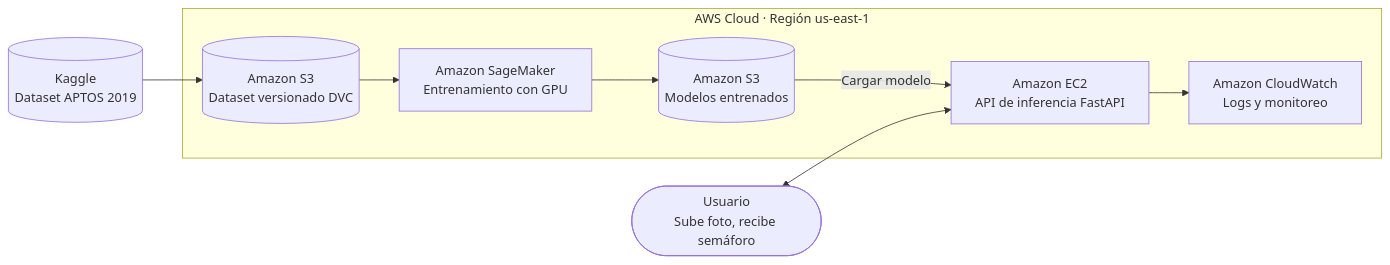
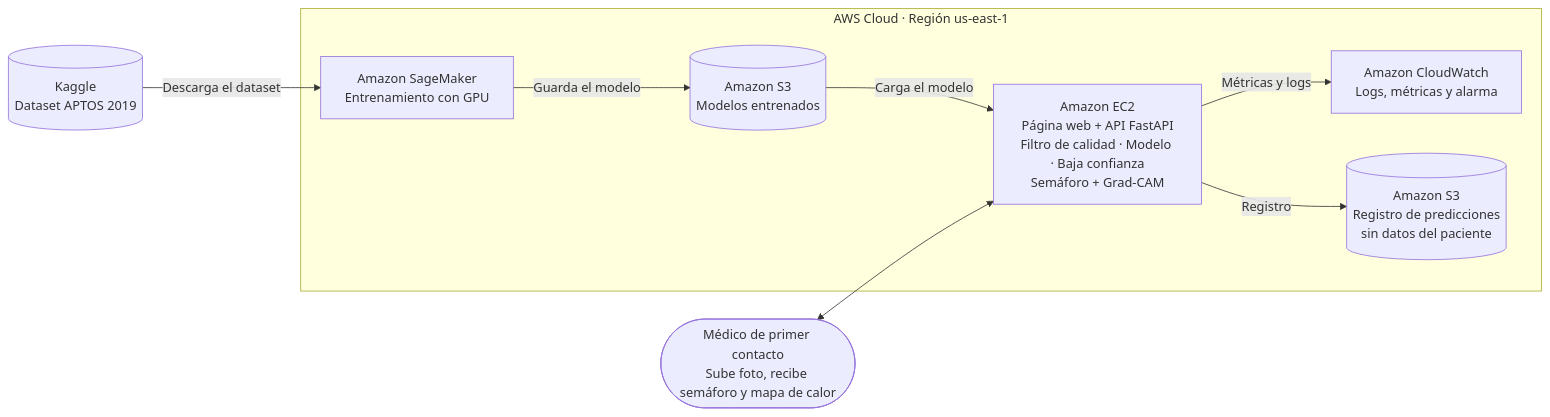
The diagram in docs/arquitectura.md (GualNavarr04/BlindnessDetection), drawn with Mermaid before and after one commit. The commit also changed other lines of this file and 2 other files, not shown here.

Commit message:
Actualizar README con la versión final del proyecto
Agrega la propuesta (semáforo, filtro de calidad, baja confianza, Grad-CAM),
métricas, referencias y datos de Ensanut 2022. Actualiza el diagrama de
arquitectura: el dataset se descarga directo de Kaggle y se agrega el
registro de predicciones en S3 y la alarma de CloudWatch.

````diff
--- a/docs/arquitectura.md
+++ b/docs/arquitectura.md
@@ -18,18 +18,20 @@
 ```mermaid
 flowchart LR
     K[(Kaggle<br/>Dataset APTOS 2019)]
-    U([Usuario<br/>Sube foto, recibe semáforo])
+    U([Médico de primer contacto<br/>Sube foto, recibe semáforo y mapa de calor])
 
     subgraph AWS["AWS Cloud · Región us-east-1"]
-        S3d[(Amazon S3<br/>Dataset versionado DVC)]
         SM[Amazon SageMaker<br/>Entrenamiento con GPU]
         S3m[(Amazon S3<br/>Modelos entrenados)]
-        EC2[Amazon EC2<br/>API de inferencia FastAPI]
-        CW[Amazon CloudWatch<br/>Logs y monitoreo]
+        EC2[Amazon EC2<br/>Página web + API FastAPI<br/>Filtro de calidad · Modelo · Baja confianza<br/>Semáforo + Grad-CAM]
+        CW[Amazon CloudWatch<br/>Logs, métricas y alarma]
+        S3r[(Amazon S3<br/>Registro de predicciones<br/>sin datos del paciente)]
     end
 
-    K --> S3d --> SM --> S3m
-    S3m -->|Cargar modelo| EC2
+    K -->|Descarga el dataset| SM
+    SM -->|Guarda el modelo| S3m
+    S3m -->|Carga el modelo| EC2
     U <--> EC2
-    EC2 --> CW
+    EC2 -->|Métricas y logs| CW
+    EC2 -->|Registro| S3r
 ```
````
